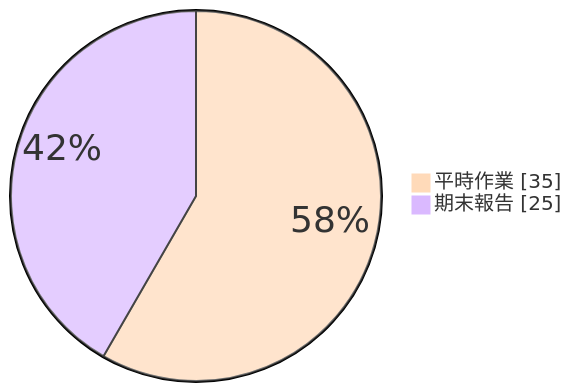
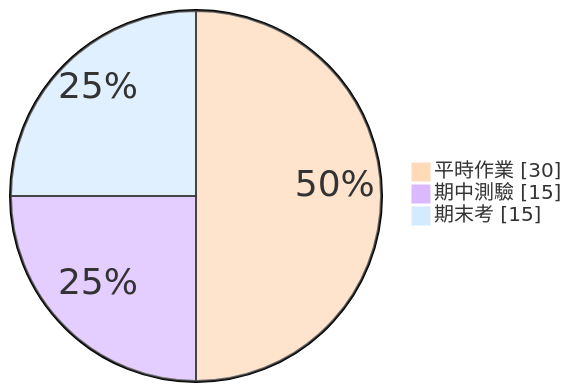
One commit to CXPhoenix/cs-first-class changed the fifth of 9 diagrams in pages/course-select.md. Above: the diagram before and after it, drawn with Mermaid. The commit also changed other lines of this file, not shown here.

````diff
--- a/pages/course-select.md
+++ b/pages/course-select.md
@@ -157,6 +158,7 @@
 ```mermaid
 %%{init: {'theme': 'base', 'themeVariables': { 'primaryColor': '#ffdab9', 'pieStrokeColor': '#333333', 'pieLegendTextColor': '#333333', 'pieLegendTextSize': '20px', 'pieSectionTextSize': '36px' }}}%%
 pie showData
-    "平時作業" : 35
-    "期末報告" : 25
+    "平時作業" : 30
+    "期中測驗" : 15
+    "期末考" : 15
 ```
````
